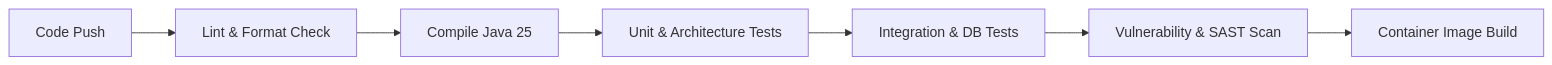
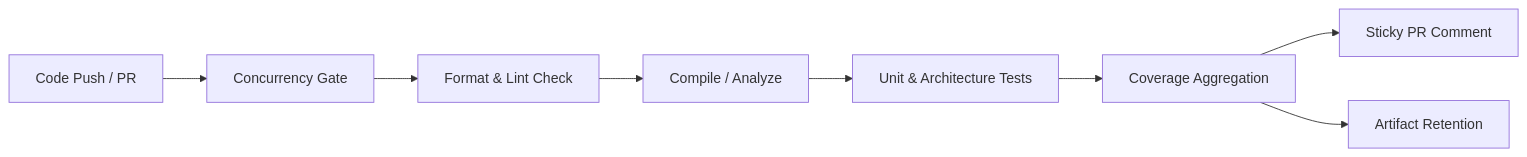
The diagram in rules/shared/git-and-ci-standards.md (edmaputra/ed-agent-standards), drawn with Mermaid before and after one commit. The commit also changed other lines of this file and 12 other files, not shown here.

````diff
--- a/rules/shared/git-and-ci-standards.md
+++ b/rules/shared/git-and-ci-standards.md
@@ -137,9 +137,10 @@
 ```mermaid
 flowchart LR
-    A[Code Push] --> B[Lint & Format Check]
-    B --> C[Compile Java 25]
-    C --> D[Unit & Architecture Tests]
-    D --> E[Integration & DB Tests]
-    E --> F[Vulnerability & SAST Scan]
-    F --> G[Container Image Build]
+    A[Code Push / PR] --> B[Concurrency Gate]
+    B --> C[Format & Lint Check]
+    C --> D[Compile / Analyze]
+    D --> E[Unit & Architecture Tests]
+    E --> F[Coverage Aggregation]
+    F --> G[Sticky PR Comment]
+    F --> H[Artifact Retention]
 ```
````
